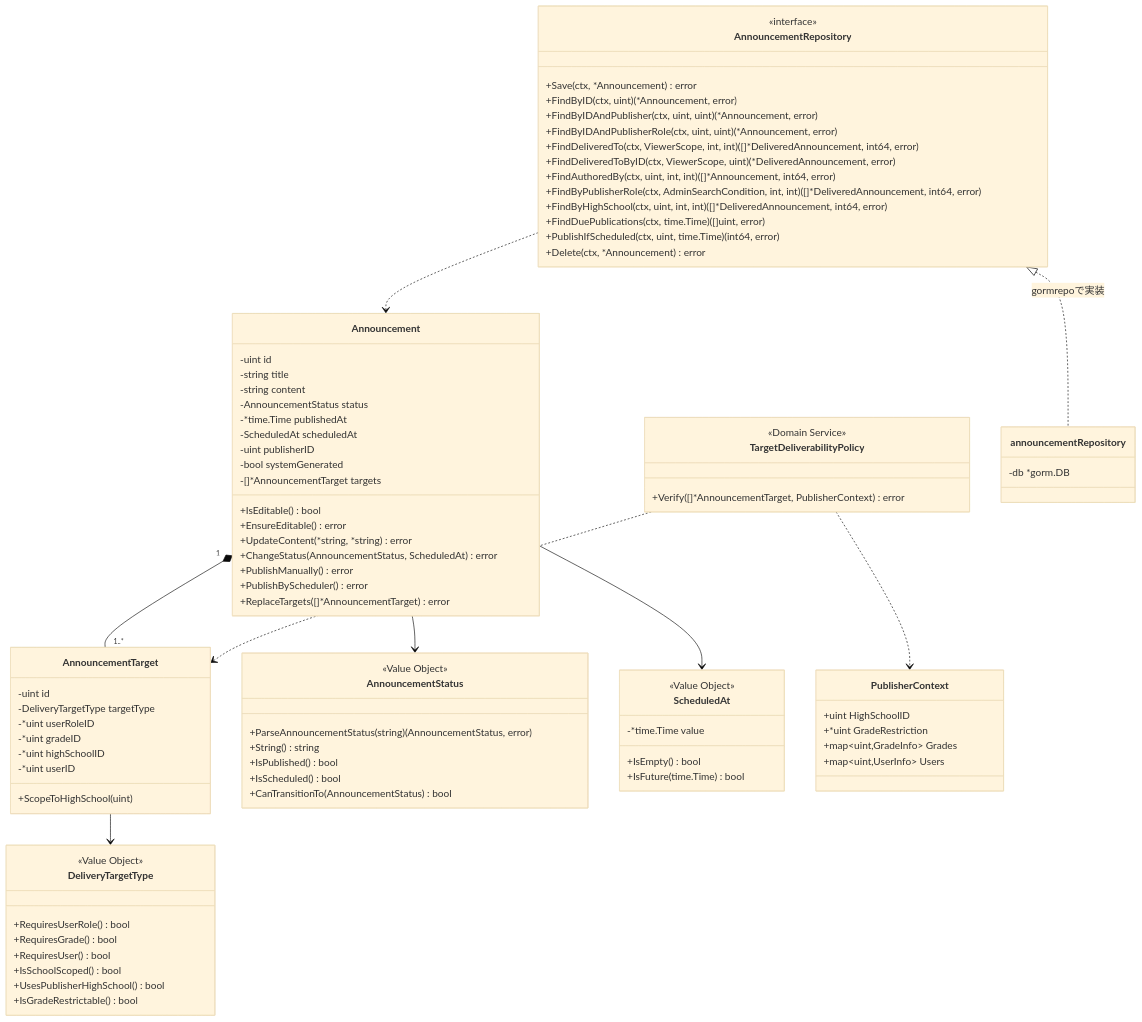
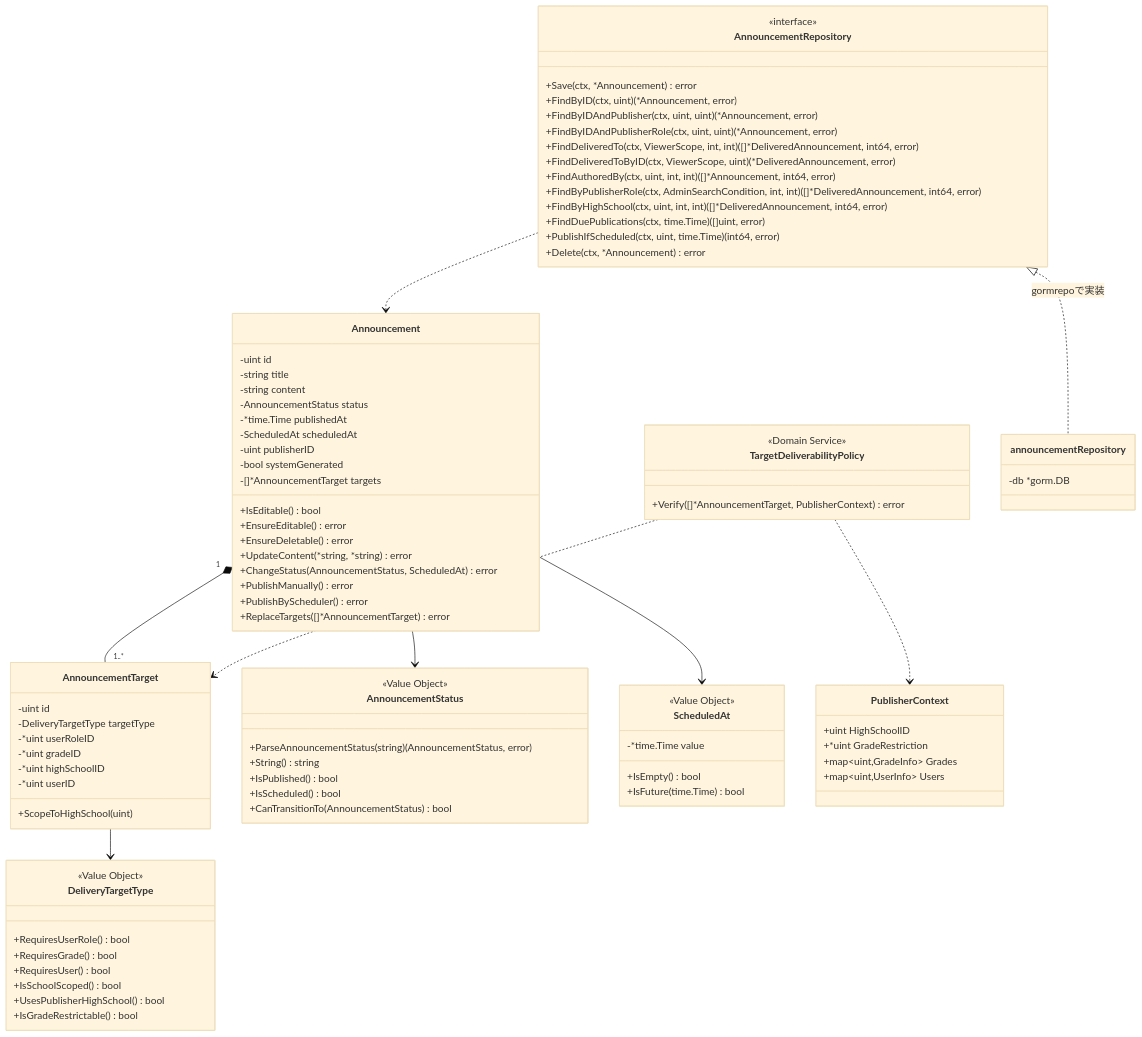
Before and after one commit to yuta20253/edu-platform-go-design: the first of 7 diagrams in 計画書/Go実装仕様書/教師お知らせ機能_Go実装仕様書_1_Domain・Infrastructure.md, drawn with Mermaid (base theme). The commit also changed other lines of this file and 3 other files, not shown here.

```diff
--- a/計画書/Go実装仕様書/教師お知らせ機能_Go実装仕様書_1_Domain・Infrastructure.md
+++ b/計画書/Go実装仕様書/教師お知らせ機能_Go実装仕様書_1_Domain・Infrastructure.md
@@ -517,6 +529,7 @@
         -[]*AnnouncementTarget targets
         +IsEditable() bool
         +EnsureEditable() error
+        +EnsureDeletable() error
         +UpdateContent(*string, *string) error
         +ChangeStatus(AnnouncementStatus, ScheduledAt) error
         +PublishManually() error
```
